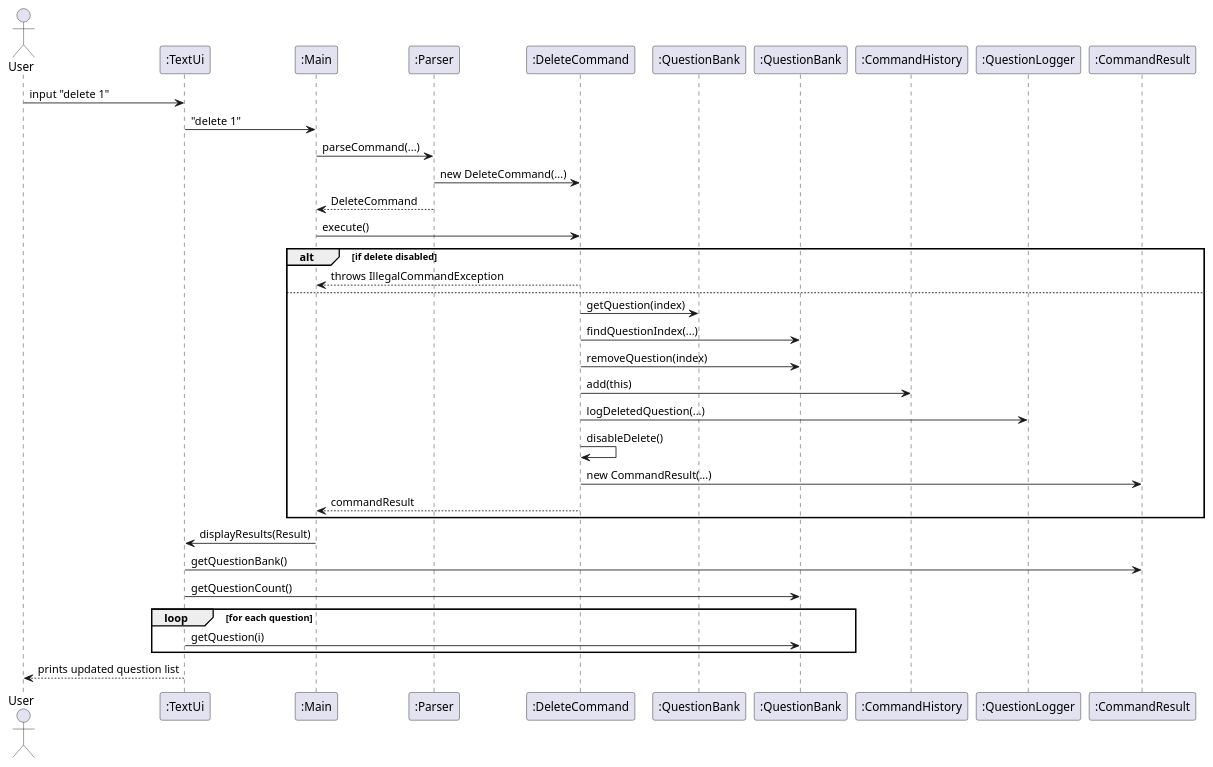
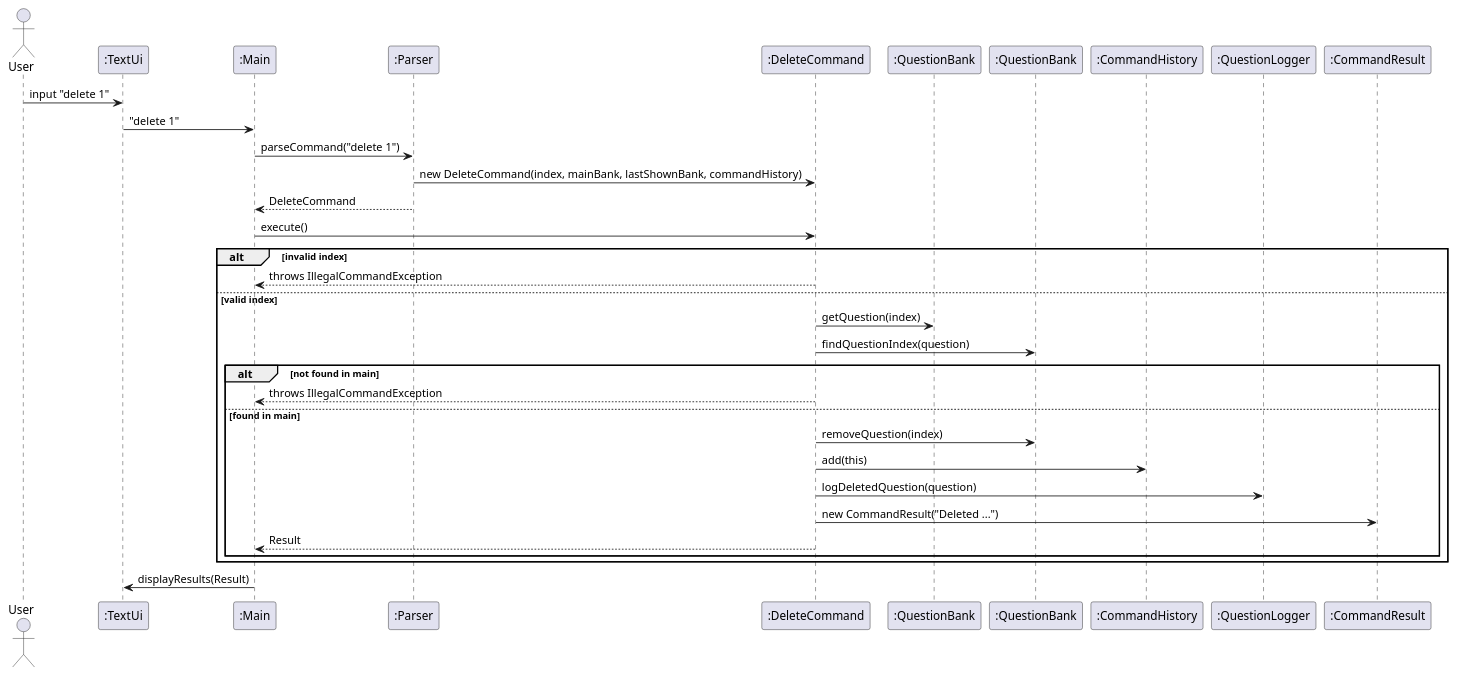
Before and after one commit to tongkiankiat/tp: the diagram in docs/diagrams/sequence/Delete.puml, drawn with PlantUML. The commit also changed 8 other files, not shown here.

```diff
--- a/docs/diagrams/sequence/Delete.puml
+++ b/docs/diagrams/sequence/Delete.puml
@@ -1,43 +1,39 @@
 @startuml
 actor User
 participant ":TextUi" as UI
 participant ":Main" as Main
 participant ":Parser" as Parser
 participant ":DeleteCommand" as DeleteCmd
 participant ":QuestionBank" as LastShownQB
 participant ":QuestionBank" as MainQB
 participant ":CommandHistory" as History
 participant ":QuestionLogger" as Logger
 participant ":CommandResult" as Result
 
 User -> UI : input "delete 1"
 UI -> Main : "delete 1"
 
-Main -> Parser : parseCommand(...)
-Parser -> DeleteCmd : new DeleteCommand(...)
+Main -> Parser : parseCommand("delete 1")
+Parser -> DeleteCmd : new DeleteCommand(index, mainBank, lastShownBank, commandHistory)
 Parser --> Main : DeleteCommand
 
 Main -> DeleteCmd : execute()
 
-alt if delete disabled
+alt invalid index
     DeleteCmd --> Main : throws IllegalCommandException
-else
+else valid index
     DeleteCmd -> LastShownQB : getQuestion(index)
-    DeleteCmd -> MainQB : findQuestionIndex(...)
-    DeleteCmd -> MainQB : removeQuestion(index)
-    DeleteCmd -> History : add(this)
-    DeleteCmd -> Logger : logDeletedQuestion(...)
-    DeleteCmd -> DeleteCmd : disableDelete()
-    DeleteCmd -> Result : new CommandResult(...)
-    DeleteCmd --> Main : commandResult
+    DeleteCmd -> MainQB : findQuestionIndex(question)
+    alt not found in main
+        DeleteCmd --> Main : throws IllegalCommandException
+    else found in main
+        DeleteCmd -> MainQB : removeQuestion(index)
+        DeleteCmd -> History : add(this)
+        DeleteCmd -> Logger : logDeletedQuestion(question)
+        DeleteCmd -> Result : new CommandResult("Deleted ...")
+        DeleteCmd --> Main : Result
+    end
 end
 
 Main -> UI : displayResults(Result)
-UI -> Result : getQuestionBank()
-UI -> MainQB : getQuestionCount()
-loop for each question
-    UI -> MainQB : getQuestion(i)
-end
-UI --> User : prints updated question list
-
 @enduml
```
